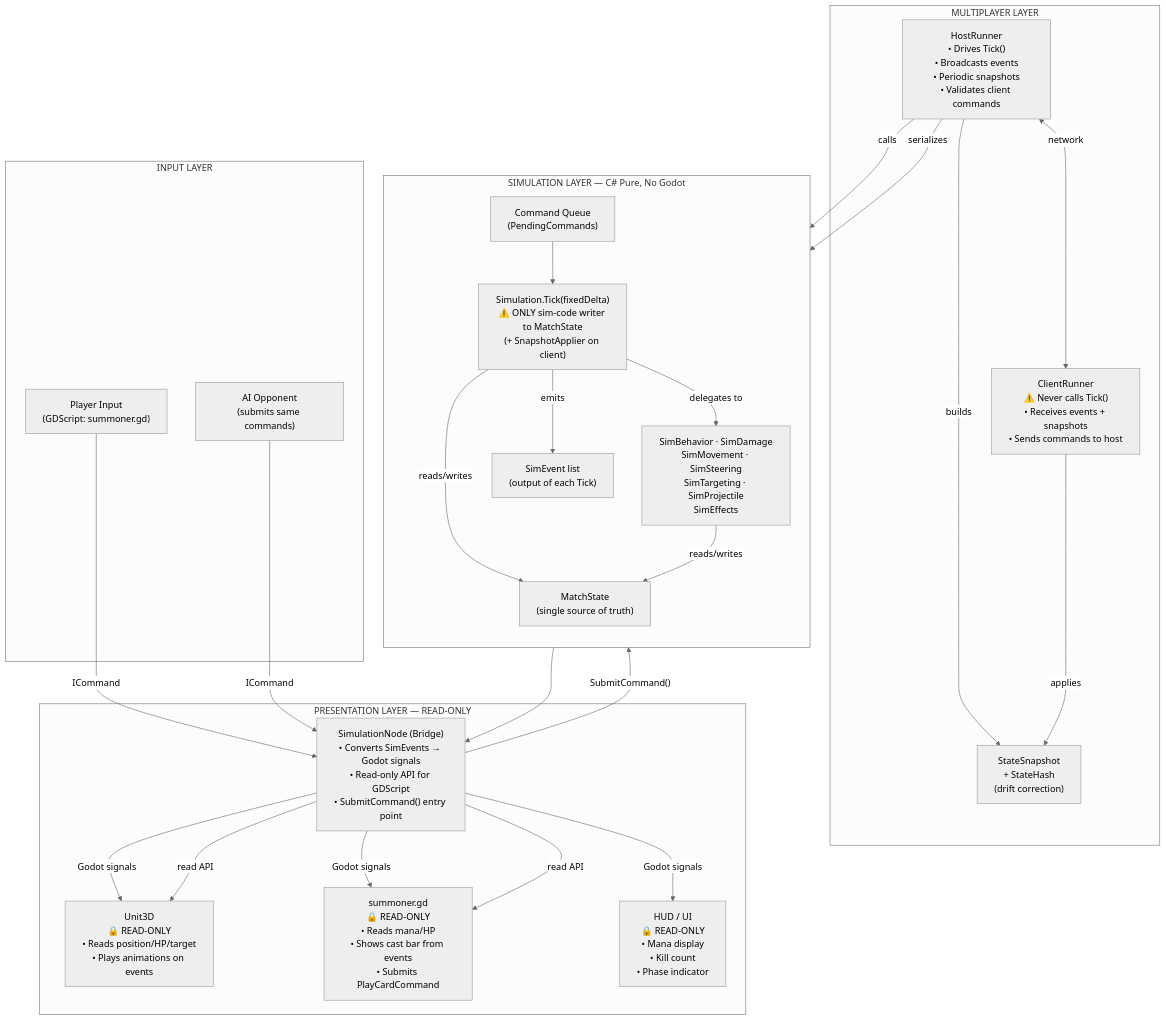
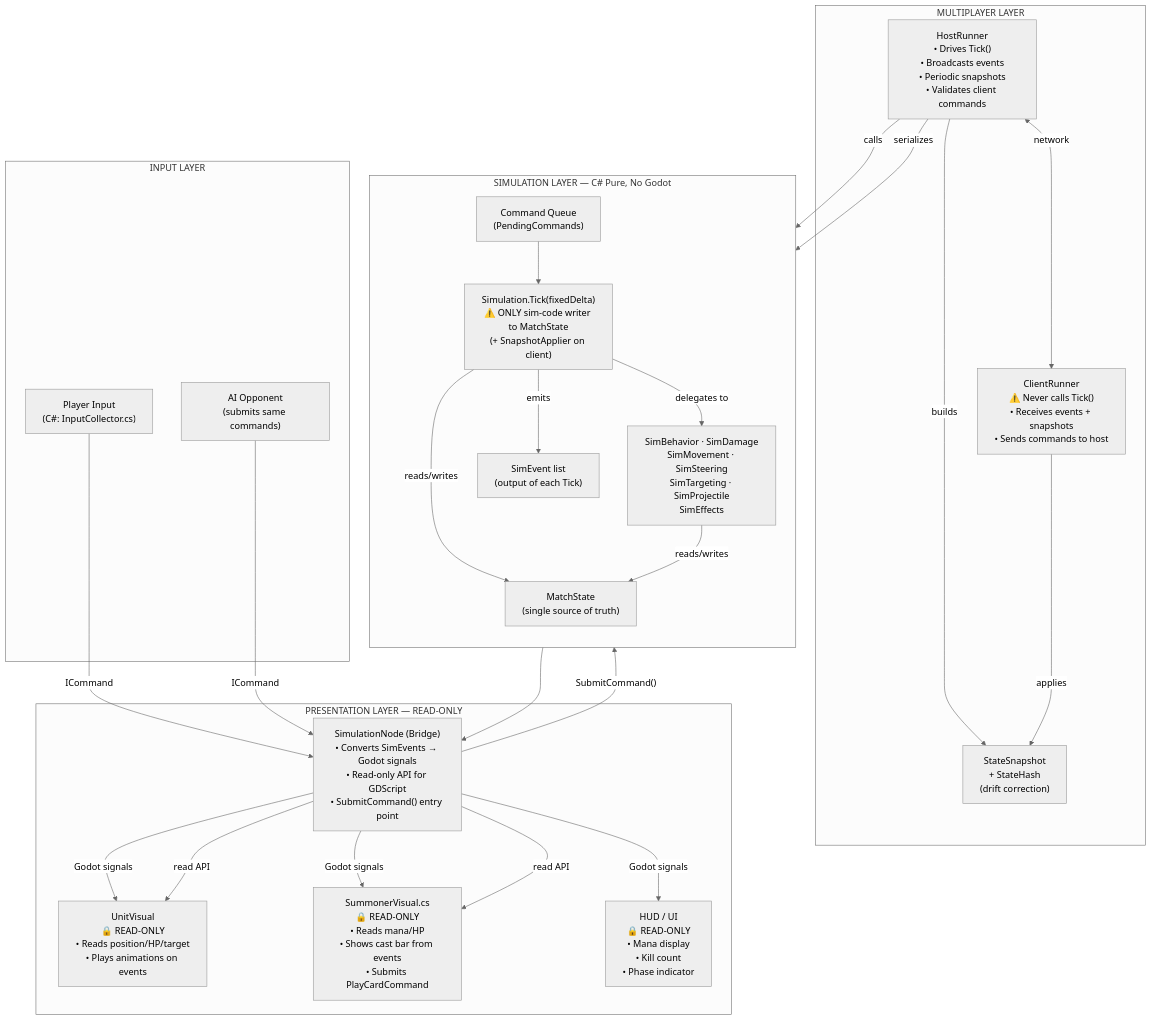
One commit to amari-charles/project-summoner changed the first of 17 diagrams in docs/technical/simulation-reference.md. Above: the diagram before and after it, drawn with Mermaid (neutral theme). The commit also changed other lines of this file and 18 other files, not shown here.

````diff
--- a/docs/technical/simulation-reference.md
+++ b/docs/technical/simulation-reference.md
@@ -13,51 +13,51 @@
 ```mermaid
 flowchart TB
     subgraph InputLayer["INPUT LAYER"]
-        PlayerInput["Player Input\n(GDScript: summoner.gd)"]
+        PlayerInput["Player Input\n(C#: InputCollector.cs)"]
         AIOpponent["AI Opponent\n(submits same commands)"]
     end
 
     subgraph SimLayer["SIMULATION LAYER — C# Pure, No Godot"]
         direction TB
         CommandQueue["Command Queue\n(PendingCommands)"]
         Tick["Simulation.Tick(fixedDelta)\n⚠️ ONLY sim-code writer to MatchState\n(+ SnapshotApplier on client)"]
         MatchState["MatchState\n(single source of truth)"]
         SimSystems["SimBehavior · SimDamage\nSimMovement · SimSteering\nSimTargeting · SimProjectile\nSimEffects"]
         Events["SimEvent list\n(output of each Tick)"]
     end
 
     subgraph MultiplayerLayer["MULTIPLAYER LAYER"]
         HostRunner["HostRunner\n• Drives Tick()\n• Broadcasts events\n• Periodic snapshots\n• Validates client commands"]
         ClientRunner["ClientRunner\n⚠️ Never calls Tick()\n• Receives events + snapshots\n• Sends commands to host"]
         Snapshots["StateSnapshot\n+ StateHash\n(drift correction)"]
     end
 
     subgraph PresentationLayer["PRESENTATION LAYER — READ-ONLY"]
         SimNode["SimulationNode (Bridge)\n• Converts SimEvents → Godot signals\n• Read-only API for GDScript\n• SubmitCommand() entry point"]
-        Unit3D["Unit3D\n🔒 READ-ONLY\n• Reads position/HP/target\n• Plays animations on events"]
-        SummonerGD["summoner.gd\n🔒 READ-ONLY\n• Reads mana/HP\n• Shows cast bar from events\n• Submits PlayCardCommand"]
+        UnitVisual["UnitVisual\n🔒 READ-ONLY\n• Reads position/HP/target\n• Plays animations on events"]
+        SummonerVisual["SummonerVisual.cs\n🔒 READ-ONLY\n• Reads mana/HP\n• Shows cast bar from events\n• Submits PlayCardCommand"]
         HUD["HUD / UI\n🔒 READ-ONLY\n• Mana display\n• Kill count\n• Phase indicator"]
     end
 
     PlayerInput -->|"ICommand"| SimNode
     AIOpponent -->|"ICommand"| SimNode
     SimNode -->|"SubmitCommand()"| CommandQueue
     CommandQueue --> Tick
     Tick -->|"reads/writes"| MatchState
     Tick -->|"delegates to"| SimSystems
     SimSystems -->|"reads/writes"| MatchState
     Tick -->|"emits"| Events
 
     HostRunner -->|"calls"| Tick
     HostRunner -->|"serializes"| Events
     HostRunner -->|"builds"| Snapshots
     HostRunner <-->|"network"| ClientRunner
     ClientRunner -->|"applies"| Snapshots
 
     Events --> SimNode
-    SimNode -->|"Godot signals"| Unit3D
-    SimNode -->|"Godot signals"| SummonerGD
+    SimNode -->|"Godot signals"| UnitVisual
+    SimNode -->|"Godot signals"| SummonerVisual
     SimNode -->|"Godot signals"| HUD
-    SimNode -->|"read API"| Unit3D
-    SimNode -->|"read API"| SummonerGD
+    SimNode -->|"read API"| UnitVisual
+    SimNode -->|"read API"| SummonerVisual
 ```
````
